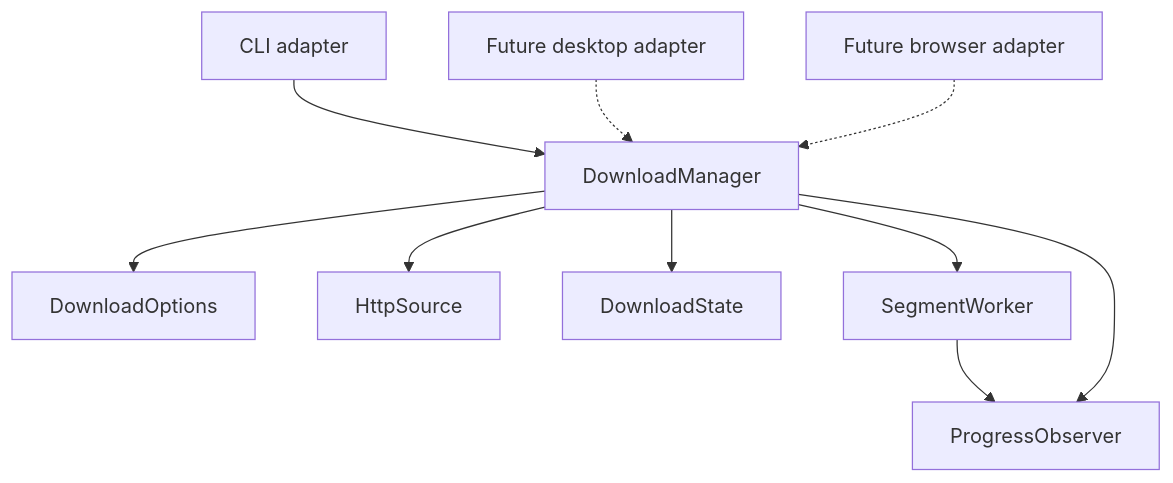
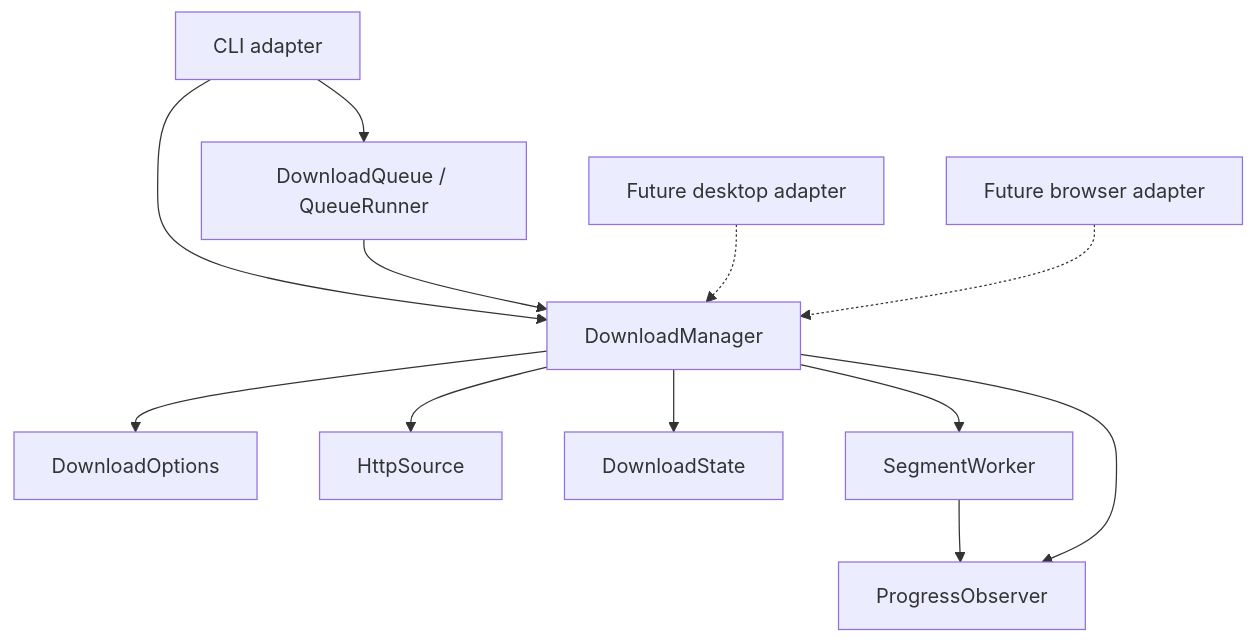
The diagram in docs/ARCHITECTURE.md (mahtab04/rustdm), drawn with Mermaid before and after one commit. The commit also changed other lines of this file and 6 other files, not shown here.

````diff
--- a/docs/ARCHITECTURE.md
+++ b/docs/ARCHITECTURE.md
@@ -18,12 +18,14 @@
 ```mermaid
 flowchart TD
     CLI[CLI adapter] --> Manager[DownloadManager]
+    CLI --> Queue[DownloadQueue / QueueRunner]
+    Queue --> Manager
     GUI[Future desktop adapter] -.-> Manager
     Browser[Future browser adapter] -.-> Manager
     Manager --> Options[DownloadOptions]
     Manager --> HTTP[HttpSource]
     Manager --> State[DownloadState]
     Manager --> Workers[SegmentWorker]
     Workers --> Observer[ProgressObserver]
     Manager --> Observer
 ```
````
